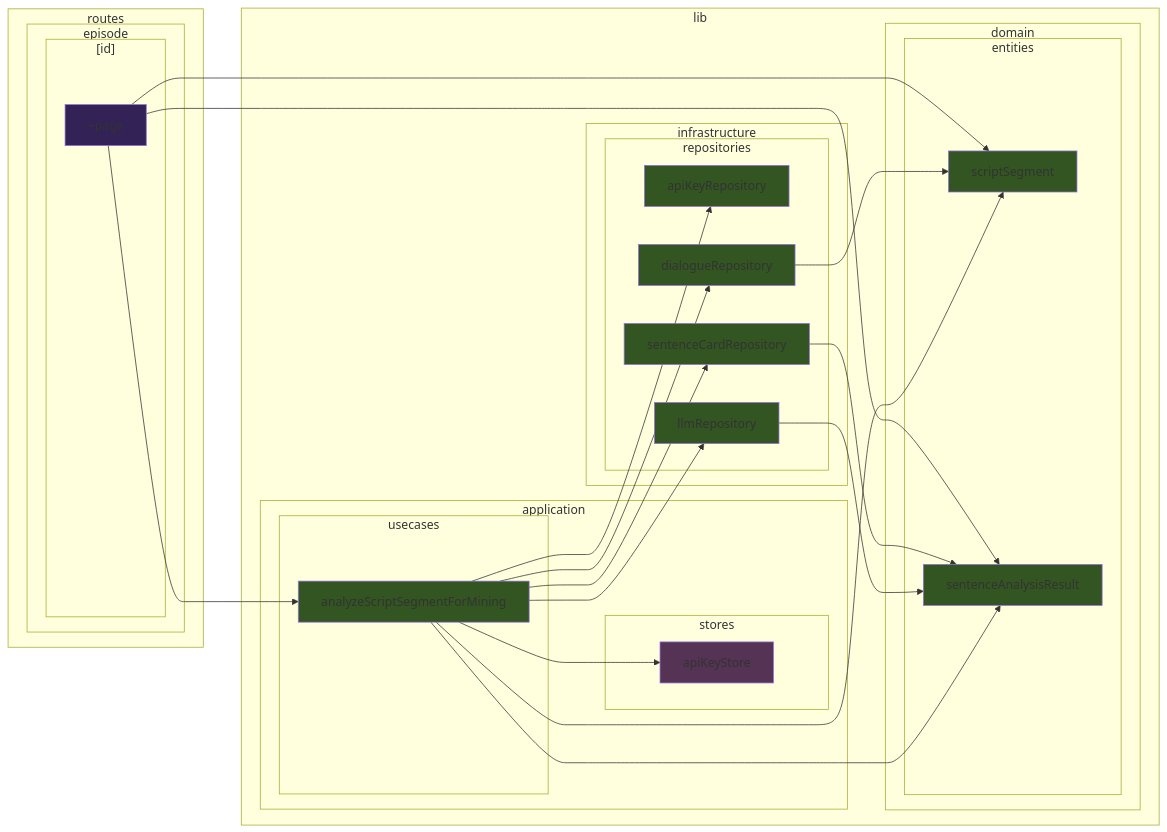
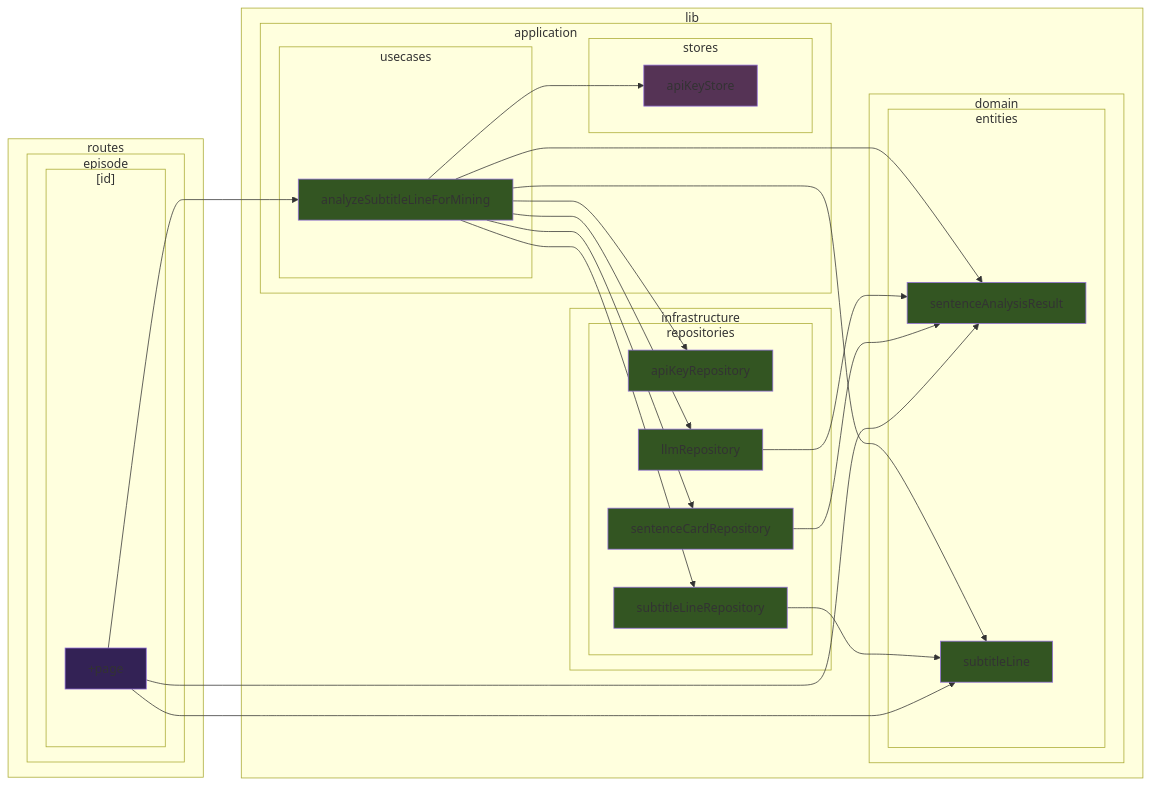
One commit to k5n/kotonoha changed the ninth of 39 diagrams in doc/dependency-graph.md. Above: the diagram before and after it, drawn with Mermaid. The commit also changed other lines of this file, not shown here.

````diff
--- a/doc/dependency-graph.md
+++ b/doc/dependency-graph.md
@@ -494,59 +494,59 @@
 ```mermaid
 graph LR
     classDef cssSvelteComponent fill:#325;
     classDef cssSvelteScript fill:#535;
     classDef cssTypeScript fill:#352;
         subgraph sg_lib ["lib"]
             subgraph sg_lib_application ["application"]
                 subgraph sg_lib_application_stores ["stores"]
                     src_lib_application_stores_apiKeyStore_svelte_ts["apiKeyStore"]
                 end
                 subgraph sg_lib_application_usecases ["usecases"]
-                    src_lib_application_usecases_analyzeScriptSegmentForMining_ts["analyzeScriptSegmentForMining"]
+                    src_lib_application_usecases_analyzeSubtitleLineForMining_ts["analyzeSubtitleLineForMining"]
                 end
             end
             subgraph sg_lib_domain ["domain"]
                 subgraph sg_lib_domain_entities ["entities"]
-                    src_lib_domain_entities_scriptSegment_ts["scriptSegment"]
                     src_lib_domain_entities_sentenceAnalysisResult_ts["sentenceAnalysisResult"]
+                    src_lib_domain_entities_subtitleLine_ts["subtitleLine"]
                 end
             end
             subgraph sg_lib_infrastructure ["infrastructure"]
                 subgraph sg_lib_infrastructure_repositories ["repositories"]
                     src_lib_infrastructure_repositories_apiKeyRepository_ts["apiKeyRepository"]
-                    src_lib_infrastructure_repositories_dialogueRepository_ts["dialogueRepository"]
                     src_lib_infrastructure_repositories_llmRepository_ts["llmRepository"]
                     src_lib_infrastructure_repositories_sentenceCardRepository_ts["sentenceCardRepository"]
+                    src_lib_infrastructure_repositories_subtitleLineRepository_ts["subtitleLineRepository"]
                 end
             end
         end
         subgraph sg_routes ["routes"]
             subgraph sg_routes_episode ["episode"]
                 subgraph sg_routes_episode__id_ ["[id]"]
                     src_routes_episode__id___page_svelte["+page"]
                 end
             end
         end
-    src_lib_application_usecases_analyzeScriptSegmentForMining_ts --> src_lib_application_stores_apiKeyStore_svelte_ts
-    src_lib_application_usecases_analyzeScriptSegmentForMining_ts --> src_lib_domain_entities_scriptSegment_ts
-    src_lib_application_usecases_analyzeScriptSegmentForMining_ts --> src_lib_domain_entities_sentenceAnalysisResult_ts
-    src_lib_application_usecases_analyzeScriptSegmentForMining_ts --> src_lib_infrastructure_repositories_apiKeyRepository_ts
-    src_lib_application_usecases_analyzeScriptSegmentForMining_ts --> src_lib_infrastructure_repositories_dialogueRepository_ts
-    src_lib_application_usecases_analyzeScriptSegmentForMining_ts --> src_lib_infrastructure_repositories_llmRepository_ts
-    src_lib_application_usecases_analyzeScriptSegmentForMining_ts --> src_lib_infrastructure_repositories_sentenceCardRepository_ts
-    src_lib_infrastructure_repositories_dialogueRepository_ts --> src_lib_domain_entities_scriptSegment_ts
+    src_lib_application_usecases_analyzeSubtitleLineForMining_ts --> src_lib_application_stores_apiKeyStore_svelte_ts
+    src_lib_application_usecases_analyzeSubtitleLineForMining_ts --> src_lib_domain_entities_sentenceAnalysisResult_ts
+    src_lib_application_usecases_analyzeSubtitleLineForMining_ts --> src_lib_domain_entities_subtitleLine_ts
+    src_lib_application_usecases_analyzeSubtitleLineForMining_ts --> src_lib_infrastructure_repositories_apiKeyRepository_ts
+    src_lib_application_usecases_analyzeSubtitleLineForMining_ts --> src_lib_infrastructure_repositories_llmRepository_ts
+    src_lib_application_usecases_analyzeSubtitleLineForMining_ts --> src_lib_infrastructure_repositories_sentenceCardRepository_ts
+    src_lib_application_usecases_analyzeSubtitleLineForMining_ts --> src_lib_infrastructure_repositories_subtitleLineRepository_ts
     src_lib_infrastructure_repositories_llmRepository_ts --> src_lib_domain_entities_sentenceAnalysisResult_ts
     src_lib_infrastructure_repositories_sentenceCardRepository_ts --> src_lib_domain_entities_sentenceAnalysisResult_ts
-    src_routes_episode__id___page_svelte --> src_lib_application_usecases_analyzeScriptSegmentForMining_ts
-    src_routes_episode__id___page_svelte --> src_lib_domain_entities_scriptSegment_ts
+    src_lib_infrastructure_repositories_subtitleLineRepository_ts --> src_lib_domain_entities_subtitleLine_ts
+    src_routes_episode__id___page_svelte --> src_lib_application_usecases_analyzeSubtitleLineForMining_ts
     src_routes_episode__id___page_svelte --> src_lib_domain_entities_sentenceAnalysisResult_ts
+    src_routes_episode__id___page_svelte --> src_lib_domain_entities_subtitleLine_ts
     class src_lib_application_stores_apiKeyStore_svelte_ts cssSvelteScript
-    class src_lib_application_usecases_analyzeScriptSegmentForMining_ts cssTypeScript
-    class src_lib_domain_entities_scriptSegment_ts cssTypeScript
+    class src_lib_application_usecases_analyzeSubtitleLineForMining_ts cssTypeScript
     class src_lib_domain_entities_sentenceAnalysisResult_ts cssTypeScript
+    class src_lib_domain_entities_subtitleLine_ts cssTypeScript
     class src_lib_infrastructure_repositories_apiKeyRepository_ts cssTypeScript
-    class src_lib_infrastructure_repositories_dialogueRepository_ts cssTypeScript
     class src_lib_infrastructure_repositories_llmRepository_ts cssTypeScript
     class src_lib_infrastructure_repositories_sentenceCardRepository_ts cssTypeScript
+    class src_lib_infrastructure_repositories_subtitleLineRepository_ts cssTypeScript
     class src_routes_episode__id___page_svelte cssSvelteComponent
 ```
````
